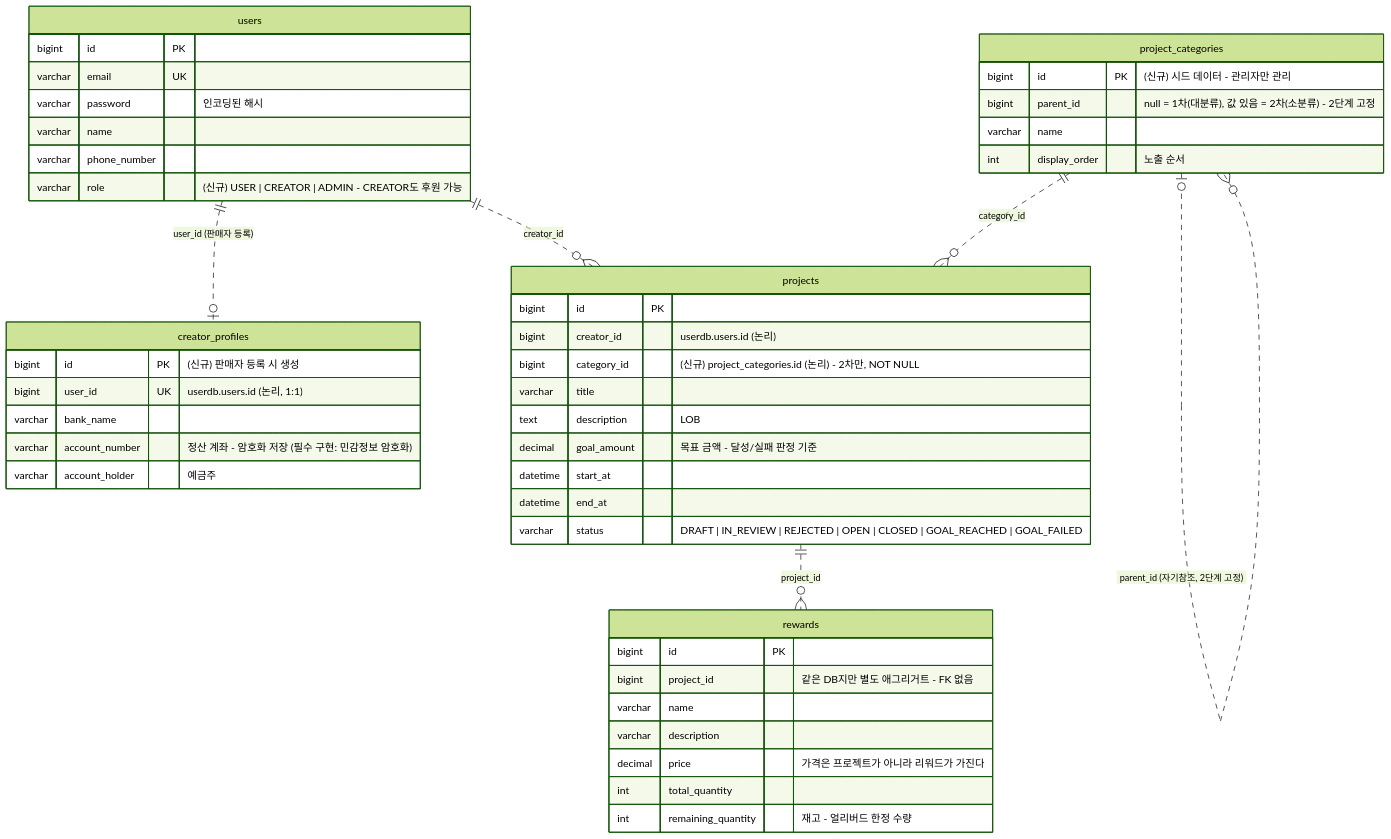
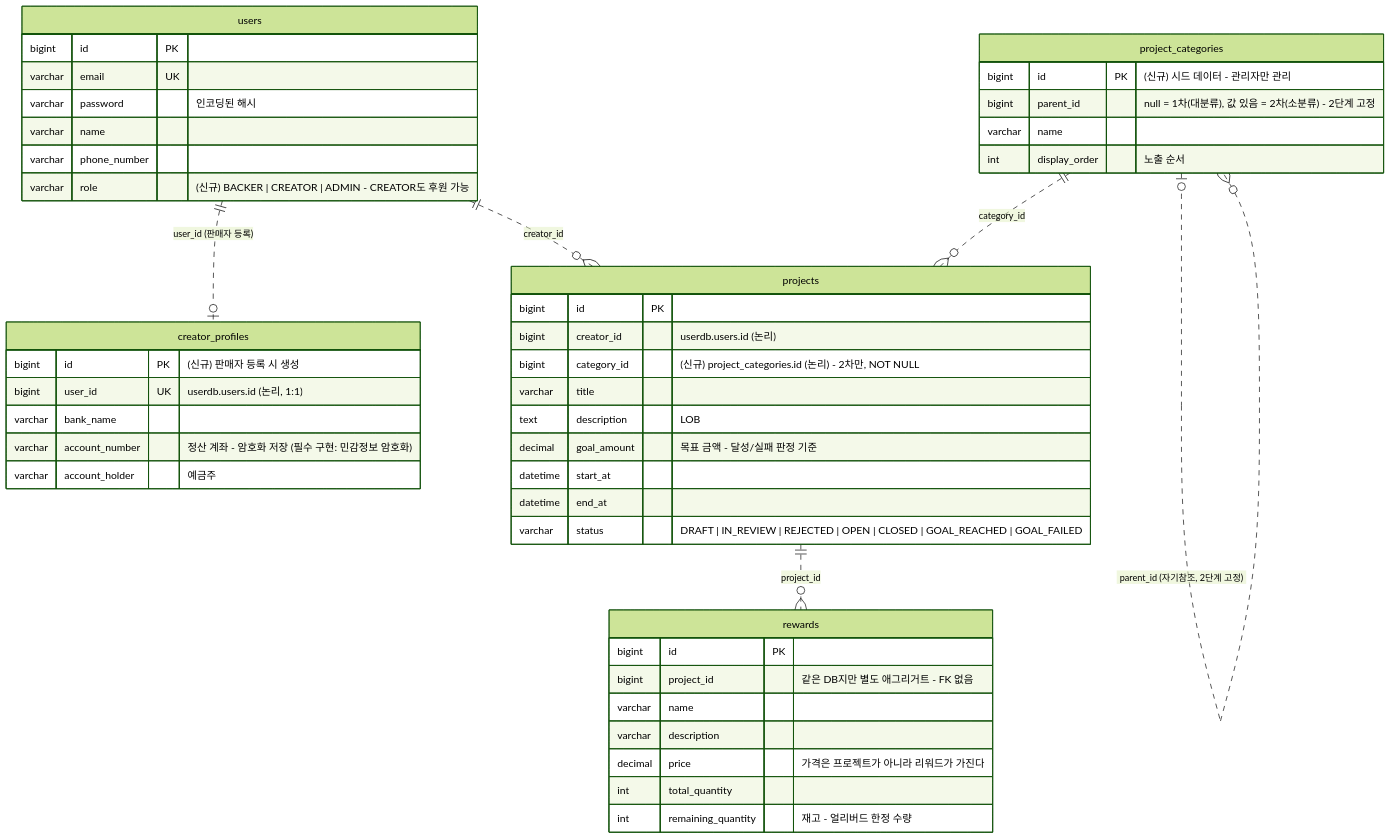
One commit to prgrms-be-adv-devcourse/beadv7_7_earlybird_BE changed the second of 6 diagrams in docs/ERD.md. Above: the diagram before and after it, drawn with Mermaid (forest theme). The commit also changed other lines of this file and 14 other files, not shown here.

````diff
--- a/docs/ERD.md
+++ b/docs/ERD.md
@@ -64,50 +64,50 @@
 ```mermaid
 erDiagram
     users {
         bigint id PK
         varchar email UK
         varchar password "인코딩된 해시"
         varchar name
         varchar phone_number
-        varchar role "(신규) USER | CREATOR | ADMIN - CREATOR도 후원 가능"
+        varchar role "(신규) BACKER | CREATOR | ADMIN - CREATOR도 후원 가능"
     }
     creator_profiles {
         bigint id PK "(신규) 판매자 등록 시 생성"
         bigint user_id UK "userdb.users.id (논리, 1:1)"
         varchar bank_name
         varchar account_number "정산 계좌 - 암호화 저장 (필수 구현: 민감정보 암호화)"
         varchar account_holder "예금주"
     }
     project_categories {
         bigint id PK "(신규) 시드 데이터 - 관리자만 관리"
         bigint parent_id "null = 1차(대분류), 값 있음 = 2차(소분류) - 2단계 고정"
         varchar name
         int display_order "노출 순서"
     }
     projects {
         bigint id PK
         bigint creator_id "userdb.users.id (논리)"
         bigint category_id "(신규) project_categories.id (논리) - 2차만, NOT NULL"
         varchar title
         text description "LOB"
         decimal goal_amount "목표 금액 - 달성/실패 판정 기준"
         datetime start_at
         datetime end_at
         varchar status "DRAFT | IN_REVIEW | REJECTED | OPEN | CLOSED | GOAL_REACHED | GOAL_FAILED"
     }
     rewards {
         bigint id PK
         bigint project_id "같은 DB지만 별도 애그리거트 - FK 없음"
         varchar name
         varchar description
         decimal price "가격은 프로젝트가 아니라 리워드가 가진다"
         int total_quantity
         int remaining_quantity "재고 - 얼리버드 한정 수량"
     }
 
     users ||..o| creator_profiles : "user_id (판매자 등록)"
     users ||..o{ projects : "creator_id"
     projects ||..o{ rewards : "project_id"
     project_categories |o..o{ project_categories : "parent_id (자기참조, 2단계 고정)"
     project_categories ||..o{ projects : "category_id"
 ```
````
